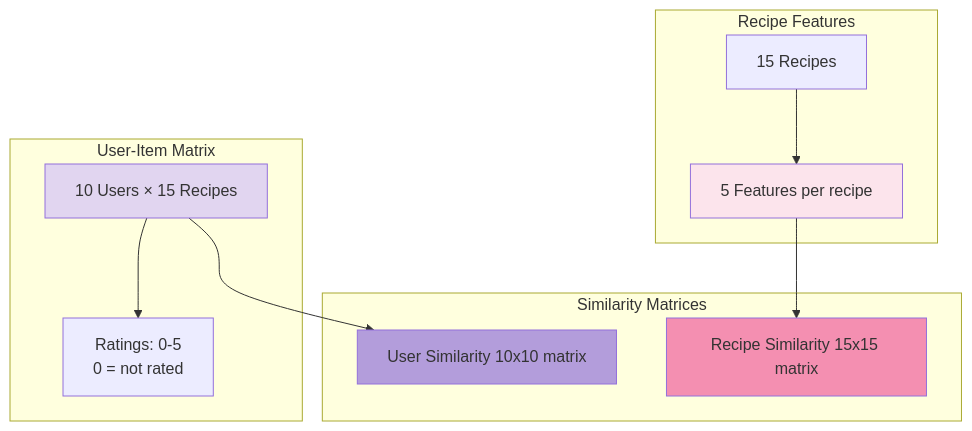
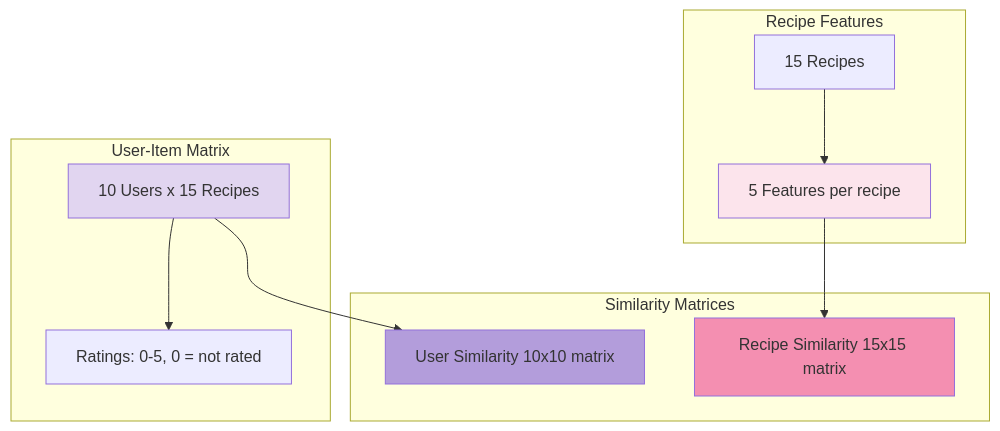
The fifth of 9 diagrams in docs/FEATURE2-VISUAL-FLOW.md (PritDudhia/RecipeRecommender), drawn with Mermaid before and after one commit.

Commit message:
fix: Remove last remaining HTML tag from Mermaid diagram

````diff
--- a/docs/FEATURE2-VISUAL-FLOW.md
+++ b/docs/FEATURE2-VISUAL-FLOW.md
@@ -134,25 +134,25 @@
 ```mermaid
 graph TB
     subgraph User-Item Matrix
-        A[10 Users × 15 Recipes]
-        A --> B[Ratings: 0-5<br/>0 = not rated]
+        A[10 Users x 15 Recipes]
+        A --> B[Ratings: 0-5, 0 = not rated]
     end
     
     subgraph Recipe Features
         C[15 Recipes]
         C --> D[5 Features per recipe]
     end
     
     subgraph Similarity Matrices
         E[User Similarity 10x10 matrix]
         F[Recipe Similarity 15x15 matrix]
     end
     
     A --> E
     D --> F
     
     style A fill:#e1d5f0
     style D fill:#fce4ec
     style E fill:#b39ddb
     style F fill:#f48fb1
 ```
````
